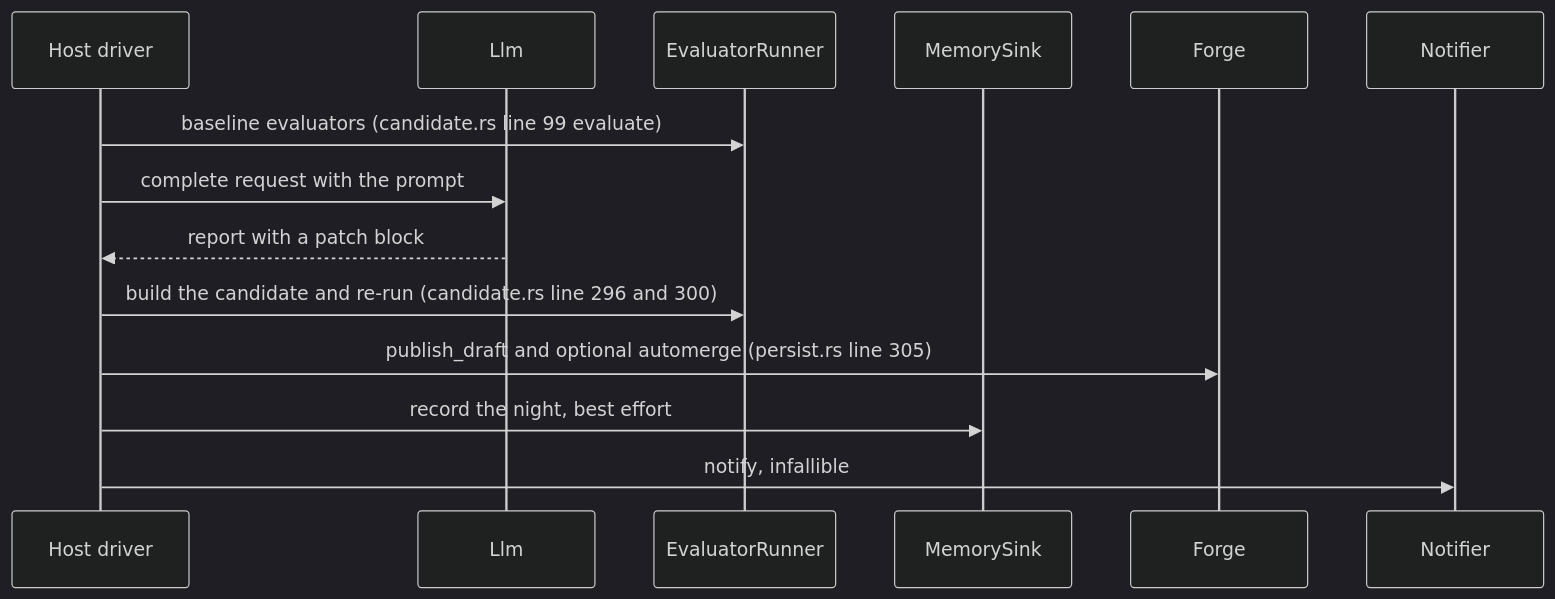
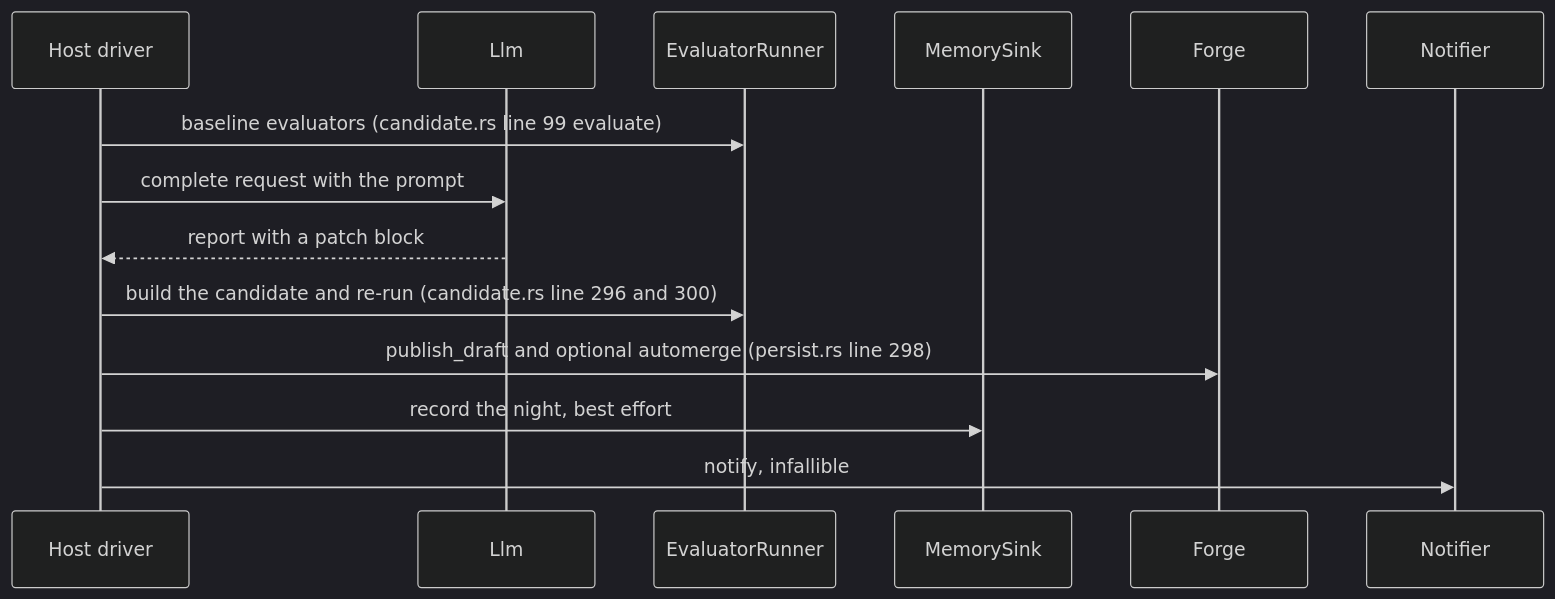
The second of 2 diagrams in docs/diagrams/crates/02-seams-and-what-implements-them.md (DreamLab-AI/dream-engine), drawn with Mermaid (dark theme) before and after one commit. The commit also changed other lines of this file and 12 other files, not shown here.

Commit message:
docs(diagrams): re-verify and re-stamp the corpus at 0f6a669 after the audit hardening

````diff
--- a/docs/diagrams/crates/02-seams-and-what-implements-them.md
+++ b/docs/diagrams/crates/02-seams-and-what-implements-them.md
@@ -88,16 +88,16 @@
 ```mermaid
 sequenceDiagram
     participant H as Host driver
     participant L as Llm
     participant R as EvaluatorRunner
     participant M as MemorySink
     participant F as Forge
     participant N as Notifier
     H->>R: baseline evaluators (candidate.rs line 99 evaluate)
     H->>L: complete request with the prompt
     L-->>H: report with a patch block
     H->>R: build the candidate and re-run (candidate.rs line 296 and 300)
-    H->>F: publish_draft and optional automerge (persist.rs line 305)
+    H->>F: publish_draft and optional automerge (persist.rs line 298)
     H->>M: record the night, best effort
     H->>N: notify, infallible
 ```
````
